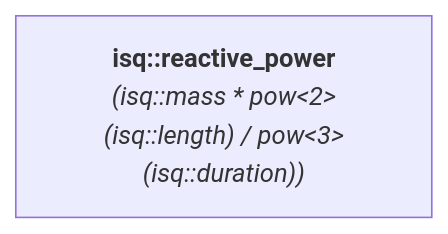
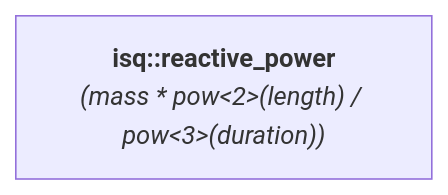
One commit to mpusz/mp-units changed the diagram in docs/reference/systems_reference/hierarchies/reactive_power.md. Above: the diagram before and after it, drawn with Mermaid. The commit also changed 47 other files, not shown here.

````diff
--- a/docs/reference/systems_reference/hierarchies/reactive_power.md
+++ b/docs/reference/systems_reference/hierarchies/reactive_power.md
@@ -8,4 +8,4 @@
 ```mermaid
 flowchart LR
-    isq_reactive_power["<b><a href="../../systems/isq/#reactive_power" style="color: var(--md-mermaid-label-fg-color); text-decoration: none;">isq::reactive_power</a></b><br><i>(isq::<a href="../../systems/isq/#mass" style="color: var(--md-mermaid-label-fg-color); text-decoration: none;">mass</a> * pow<2>(isq::<a href="../../systems/isq/#length" style="color: var(--md-mermaid-label-fg-color); text-decoration: none;">length</a>) / pow<3>(isq::<a href="../../systems/isq/#duration" style="color: var(--md-mermaid-label-fg-color); text-decoration: none;">duration</a>))</i>"]
+    isq_reactive_power["<b><a href="../../systems/isq/#reactive_power" style="color: var(--md-mermaid-label-fg-color); text-decoration: none;">isq::reactive_power</a></b><br><i>(<a href="../../systems/isq/#mass" style="color: var(--md-mermaid-label-fg-color); text-decoration: none;">mass</a> * pow<2>(<a href="../../systems/isq/#length" style="color: var(--md-mermaid-label-fg-color); text-decoration: none;">length</a>) / pow<3>(<a href="../../systems/isq/#duration" style="color: var(--md-mermaid-label-fg-color); text-decoration: none;">duration</a>))</i>"]
 ```
````
